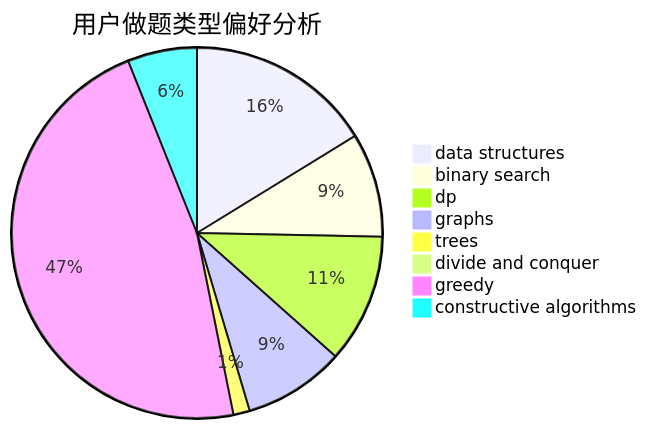
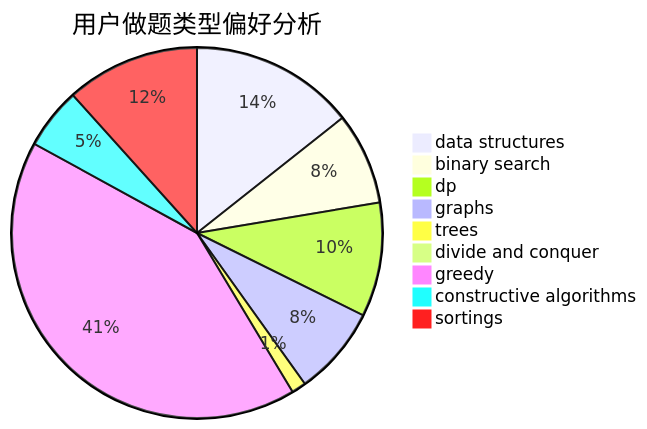
The second of 3 diagrams in docs/user/u783.md (sherpahu/cfrs.github.io), drawn with Mermaid before and after one commit. The commit also changed other lines of this file and 2769 other files, not shown here.

````diff
--- a/docs/user/u783.md
+++ b/docs/user/u783.md
@@ -23,11 +18,12 @@
 ```mermaid
 pie title 用户做题类型偏好分析
     "data structures" :  193
     "binary search" :  108
     "dp" :  134
     "graphs" :  105
     "trees" :  17
     "divide and conquer" :  9
     "greedy" :  560
     "constructive algorithms" :  72
+    "sortings" :  157
 ```
````
